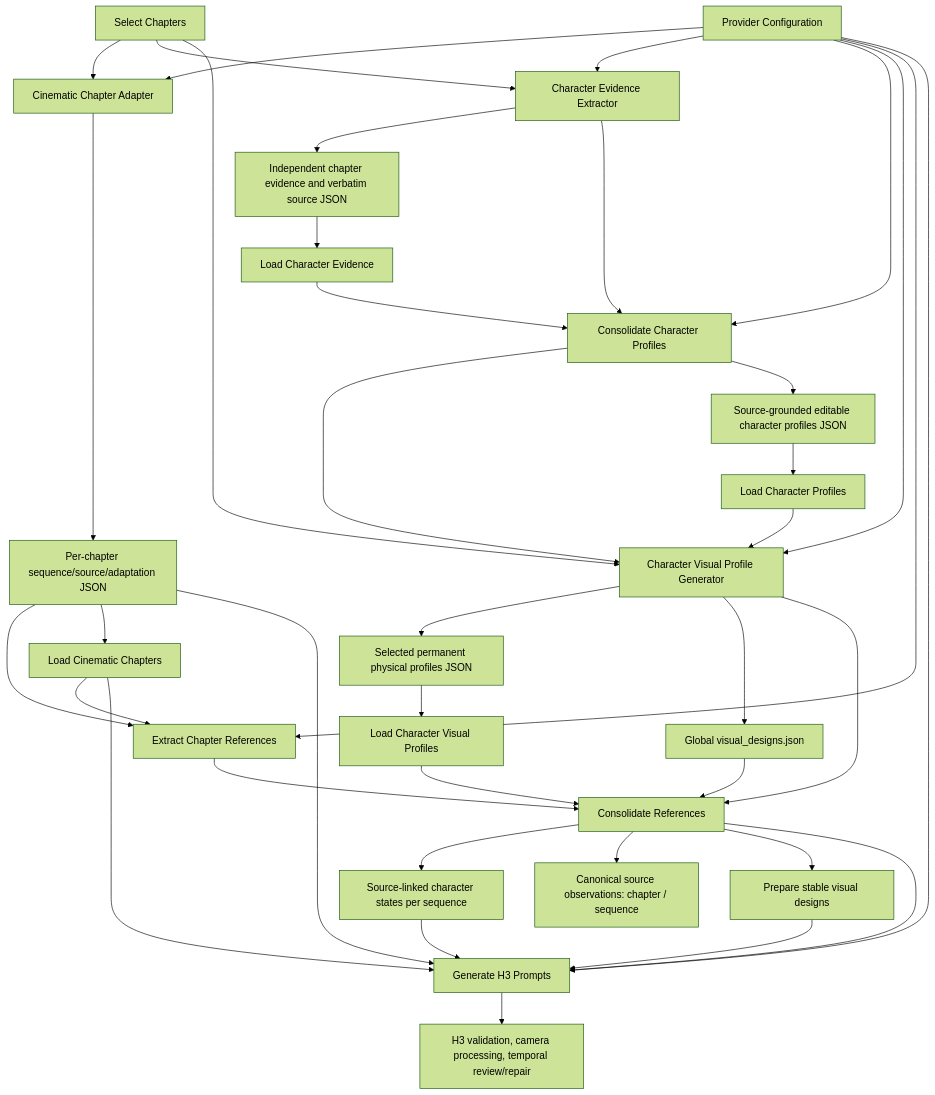
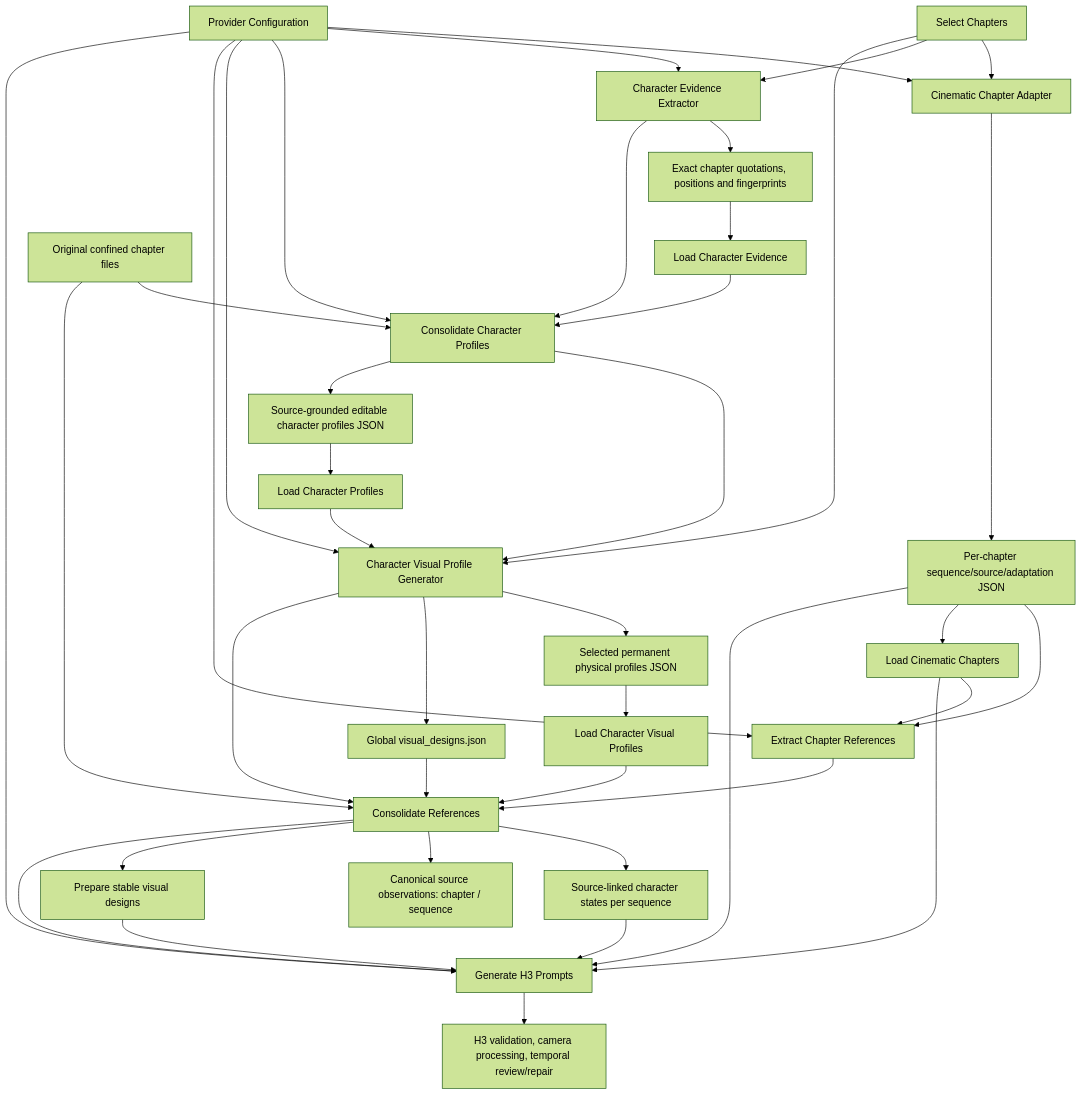
The first of 2 diagrams in docs/architecture.md (yuyuki/ComfyUI-Minimax_H3_Novel_Pipeline), drawn with Mermaid (forest theme) before and after one commit. The commit also changed other lines of this file and 41 other files, not shown here.

````diff
--- a/docs/architecture.md
+++ b/docs/architecture.md
@@ -10,40 +10,42 @@
 ```mermaid
 flowchart TD
     selector["Select Chapters"] --> adapter["Cinematic Chapter Adapter"]
     config --> adapter
     selector --> evidence["Character Evidence Extractor"]
     config --> evidence
-    evidence --> evidence_json["Independent chapter evidence and verbatim source JSON"]
+    evidence --> evidence_json["Exact chapter quotations, positions and fingerprints"]
     evidence_json --> evidence_loader["Load Character Evidence"]
     evidence --> profiles["Consolidate Character Profiles"]
     evidence_loader --> profiles
+    original_chapters["Original confined chapter files"] --> profiles
     config --> profiles
     profiles --> visual_profiles["Character Visual Profile Generator"]
     config --> visual_profiles
     selector --> visual_profiles
     visual_profiles --> visual_json["Selected permanent physical profiles JSON"]
     visual_profiles --> global_designs["Global visual_designs.json"]
     global_designs --> consolidate
     visual_profiles --> consolidate
+    original_chapters --> consolidate
     consolidate --> local_enrichment["Source-linked character states per sequence"]
     visual_json --> visual_loader["Load Character Visual Profiles"]
     visual_loader --> consolidate
     profiles --> profiles_json["Source-grounded editable character profiles JSON"]
     profiles_json --> profiles_loader["Load Character Profiles"]
     profiles_loader --> visual_profiles
     adapter --> adapted["Per-chapter sequence/source/adaptation JSON"]
     adapted --> extract
     adapted --> loader["Load Cinematic Chapters"]
     loader --> extract
     config["Provider Configuration"] --> extract["Extract Chapter References"]
     extract --> consolidate["Consolidate References"]
     consolidate --> timeline["Canonical source observations: chapter / sequence"]
     consolidate --> designs["Prepare stable visual designs"]
     designs --> generate["Generate H3 Prompts"]
     consolidate --> generate
     local_enrichment --> generate
     adapted --> generate
     loader --> generate
     config --> generate
     generate --> review["H3 validation, camera processing, temporal review/repair"]
 ```
````
